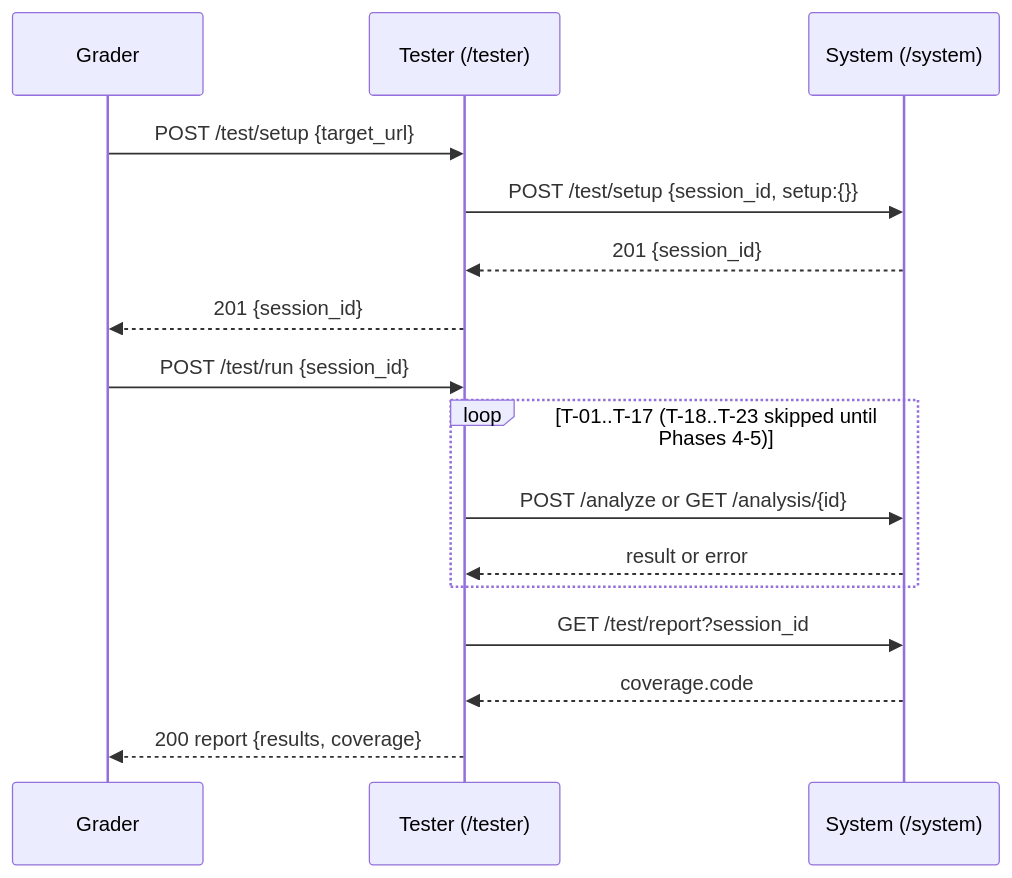
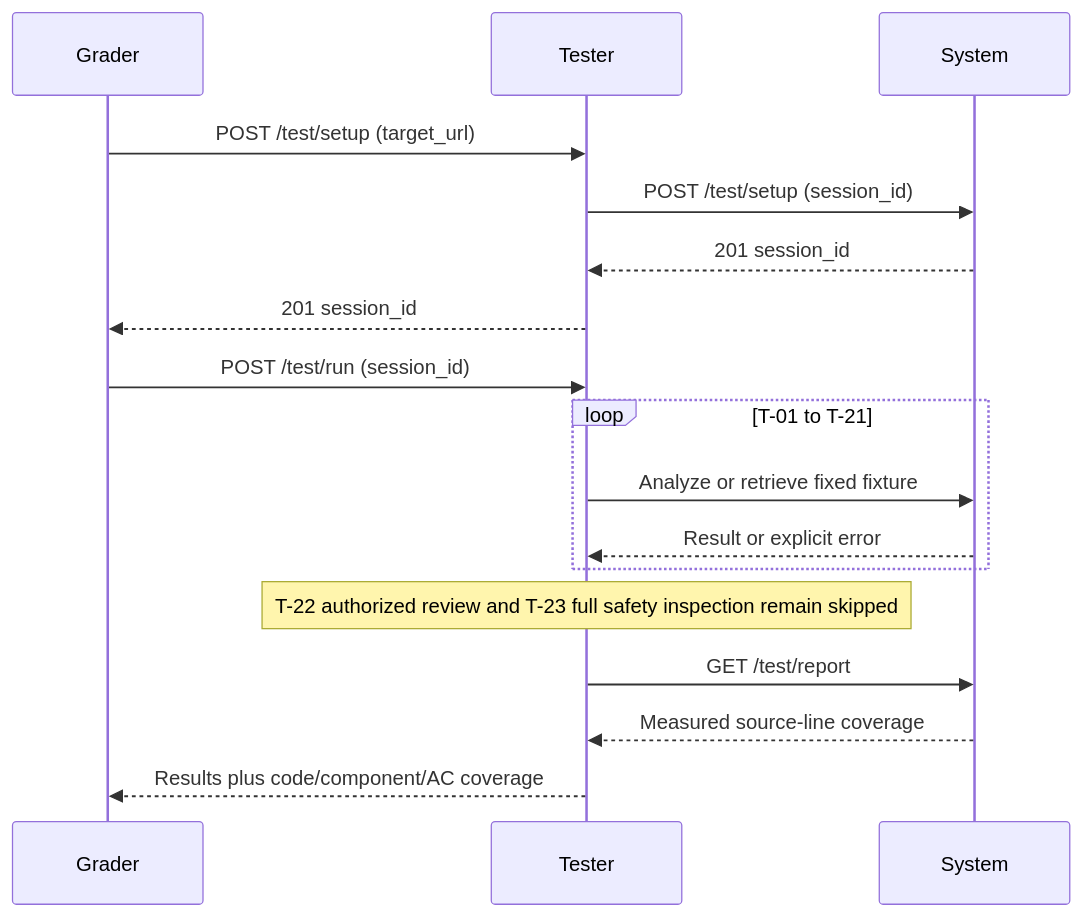
The fourth of 4 diagrams in docs/SYSTEM.md (ParthGupta06/doc-tracker), drawn with Mermaid before and after one commit. The commit also changed other lines of this file and 35 other files, not shown here.

````diff
--- a/docs/SYSTEM.md
+++ b/docs/SYSTEM.md
@@ -111,18 +169,19 @@
 ```mermaid
 sequenceDiagram
   participant G as Grader
-  participant T as Tester (/tester)
-  participant S as System (/system)
-  G->>T: POST /test/setup {target_url}
-  T->>S: POST /test/setup {session_id, setup:{}}
-  S-->>T: 201 {session_id}
-  T-->>G: 201 {session_id}
-  G->>T: POST /test/run {session_id}
-  loop T-01..T-17 (T-18..T-23 skipped until Phases 4-5)
-    T->>S: POST /analyze or GET /analysis/{id}
-    S-->>T: result or error
+  participant T as Tester
+  participant S as System
+  G->>T: POST /test/setup (target_url)
+  T->>S: POST /test/setup (session_id)
+  S-->>T: 201 session_id
+  T-->>G: 201 session_id
+  G->>T: POST /test/run (session_id)
+  loop T-01 to T-21
+    T->>S: Analyze or retrieve fixed fixture
+    S-->>T: Result or explicit error
   end
-  T->>S: GET /test/report?session_id
-  S-->>T: coverage.code
-  T-->>G: 200 report {results, coverage}
+  Note over T: T-22 authorized review and T-23 full safety inspection remain skipped
+  T->>S: GET /test/report
+  S-->>T: Measured source-line coverage
+  T-->>G: Results plus code/component/AC coverage
 ```
````
